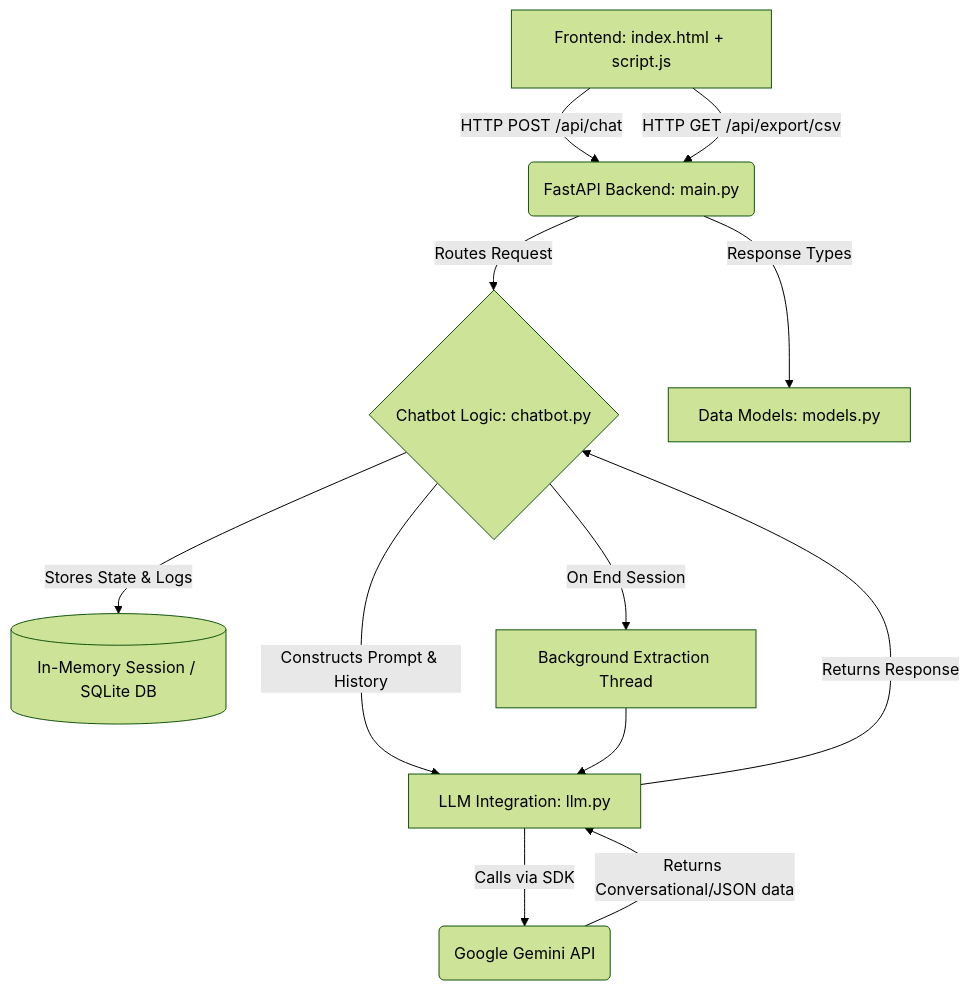
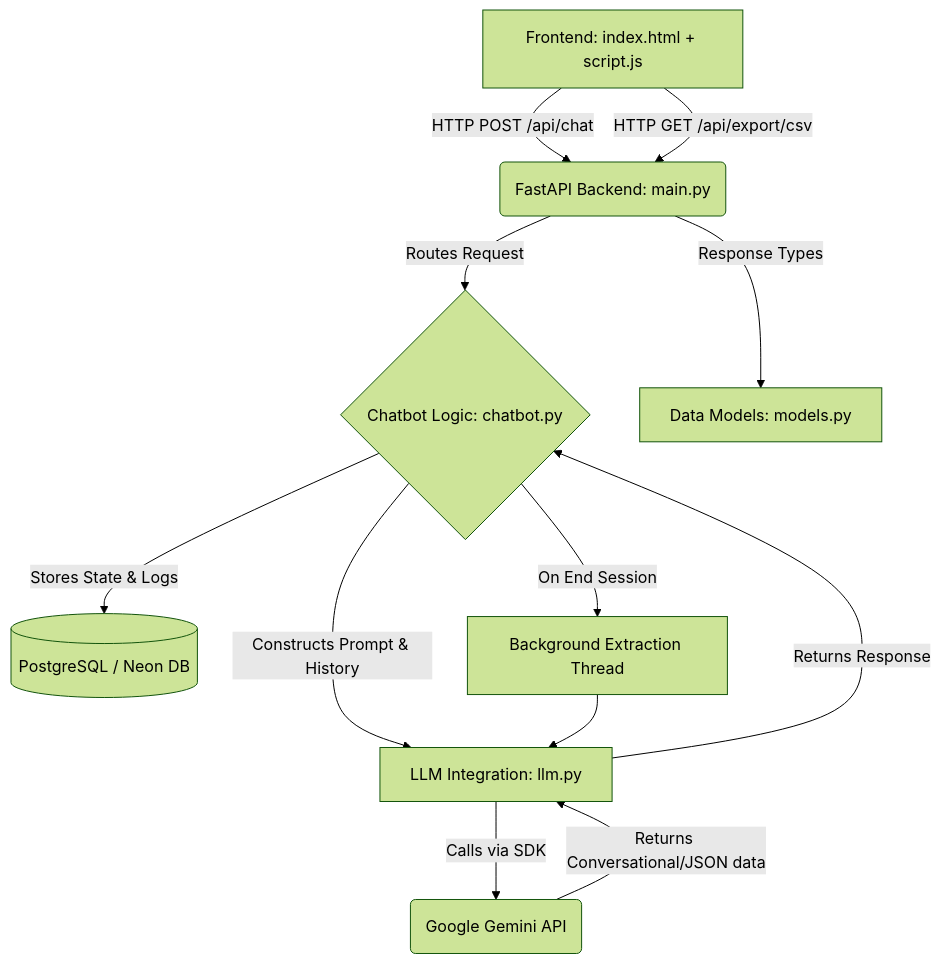
One commit to Kshitij-2608/feedbackai changed the diagram in README.md. Above: the diagram before and after it, drawn with Mermaid (forest theme). The commit also changed other lines of this file and 11 other files, not shown here.

````diff
--- a/README.md
+++ b/README.md
@@ -13,14 +13,14 @@
 ```mermaid
 graph TD
     A[Frontend: index.html + script.js] -->|HTTP POST /api/chat| B(FastAPI Backend: main.py)
     A -->|HTTP GET /api/export/csv| B
     B -->|Routes Request| C{Chatbot Logic: chatbot.py}
     B -->|Response Types| G[Data Models: models.py]
     C -->|Constructs Prompt & History| D[LLM Integration: llm.py]
     D -->|Calls via SDK| E(Google Gemini API)
     E -->|Returns Conversational/JSON data| D
     D -->|Returns Response| C
-    C -->|Stores State & Logs| F[(In-Memory Session / SQLite DB)]
+    C -->|Stores State & Logs| F[(PostgreSQL / Neon DB)]
     C -->|On End Session| H[Background Extraction Thread]
     H --> D
 ```
````
